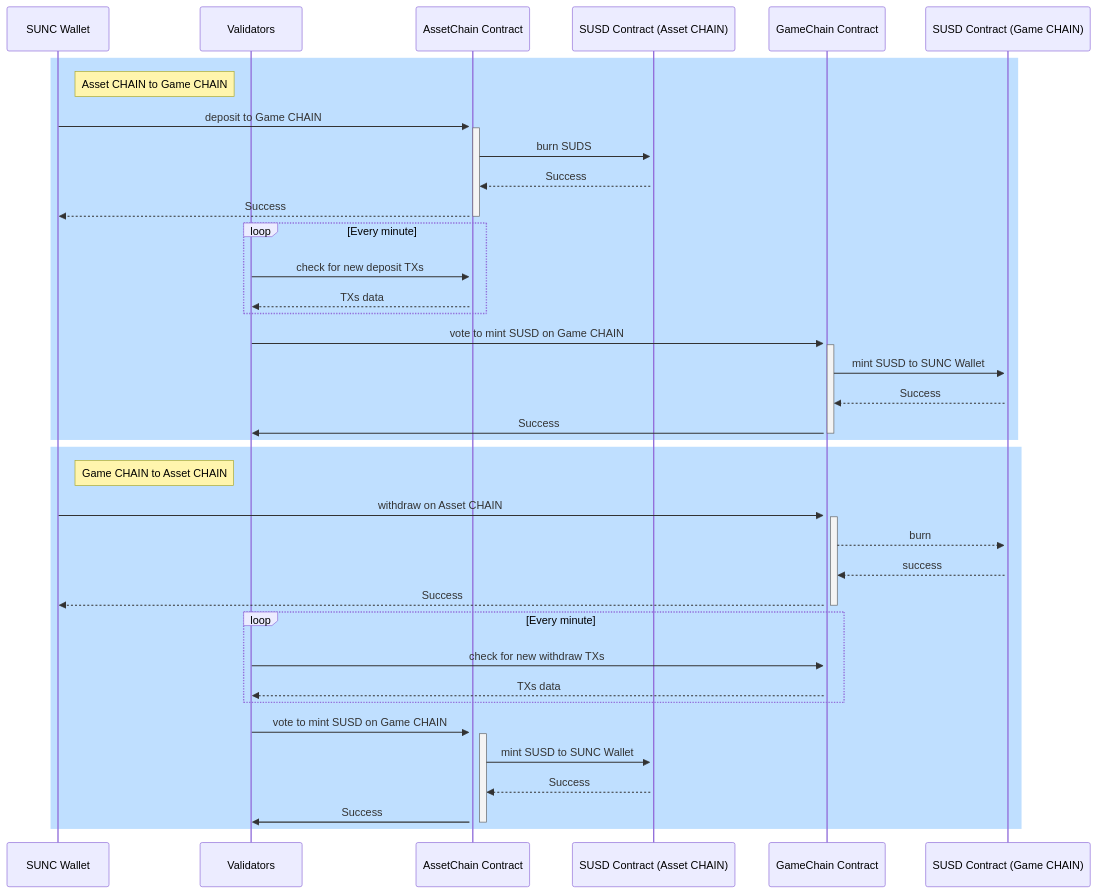
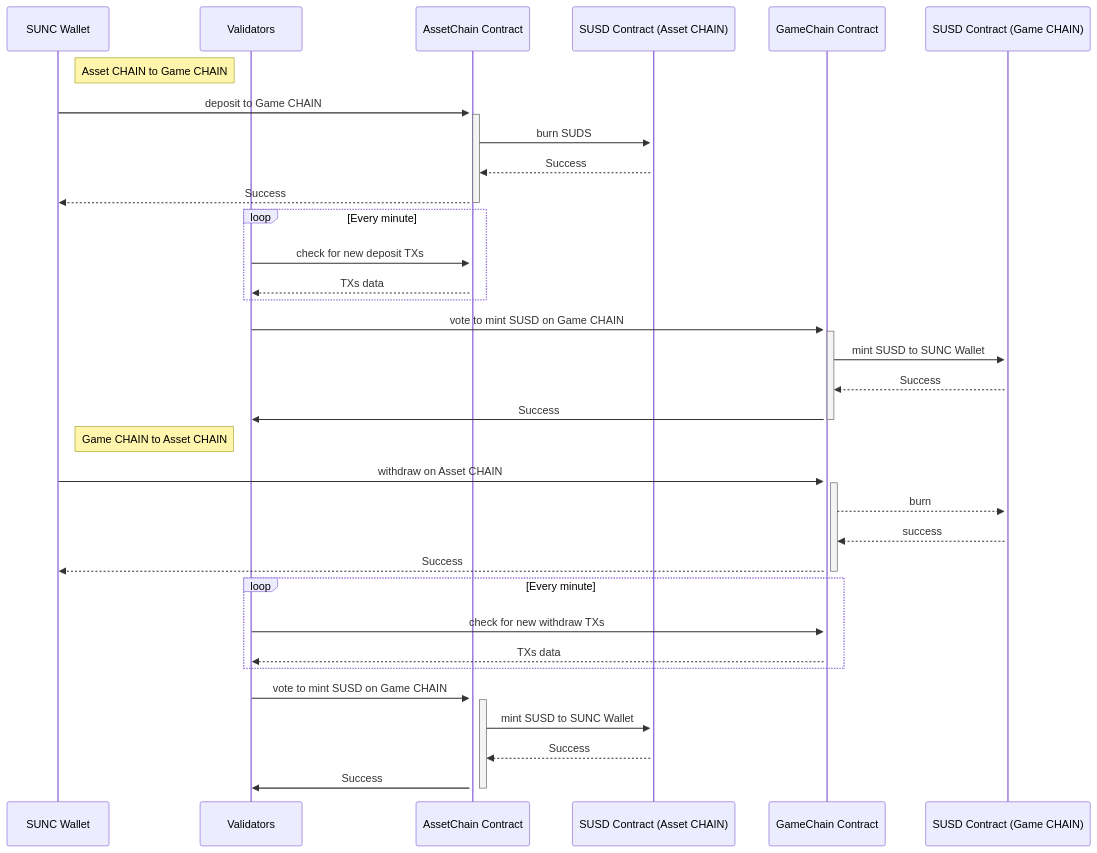
Before and after one commit to SunriseGamingByDao/smart-contracts: the fifth of 5 diagrams in README.md, drawn with Mermaid.

Commit message:
Update README.md for readability in dark mode

````diff
--- a/README.md
+++ b/README.md
@@ -190,55 +190,51 @@
 ```mermaid
 sequenceDiagram
     participant SUNC Wallet
     participant Validators
     participant AssetChain Contract
     participant SUSD Contract (Asset CHAIN)
     participant GameChain Contract
     participant SUSD Contract (Game CHAIN)
 
-rect rgb(191, 223, 255)
     note right of SUNC Wallet: Asset CHAIN to Game CHAIN
 
 SUNC Wallet ->>+ AssetChain Contract: deposit to Game CHAIN
 activate AssetChain Contract
 AssetChain Contract ->>+ SUSD Contract (Asset CHAIN): burn SUDS
 SUSD Contract (Asset CHAIN) -->> AssetChain Contract: Success
 AssetChain Contract -->> SUNC Wallet: Success
 deactivate AssetChain Contract
 
 loop Every minute
 Validators ->>+ AssetChain Contract: check for new deposit TXs
 AssetChain Contract -->> Validators: TXs data
 end
 
 Validators ->>+ GameChain Contract: vote to mint SUSD on Game CHAIN
 activate GameChain Contract
 GameChain Contract ->>+ SUSD Contract (Game CHAIN): mint SUSD to SUNC Wallet
 SUSD Contract (Game CHAIN) -->> GameChain Contract: Success
 GameChain Contract->>Validators: Success
 deactivate GameChain Contract
-end
 
-rect rgb(191, 223, 255)
     note right of SUNC Wallet: Game CHAIN to Asset CHAIN
 
 SUNC Wallet ->>+ GameChain Contract: withdraw on Asset CHAIN
 activate GameChain Contract
 GameChain Contract -->>+ SUSD Contract (Game CHAIN): burn
 SUSD Contract (Game CHAIN) -->> GameChain Contract: success
 GameChain Contract -->> SUNC Wallet: Success
 deactivate GameChain Contract
 
 loop Every minute
 Validators ->>+ GameChain Contract: check for new withdraw TXs
 GameChain Contract -->> Validators: TXs data
 end
 
 Validators ->>+ AssetChain Contract: vote to mint SUSD on Game CHAIN
 activate AssetChain Contract
 AssetChain Contract ->>+ SUSD Contract (Asset CHAIN): mint SUSD to SUNC Wallet
 SUSD Contract (Asset CHAIN) -->> AssetChain Contract: Success
 AssetChain Contract->>Validators: Success
 deactivate AssetChain Contract
-end
 ```
````
